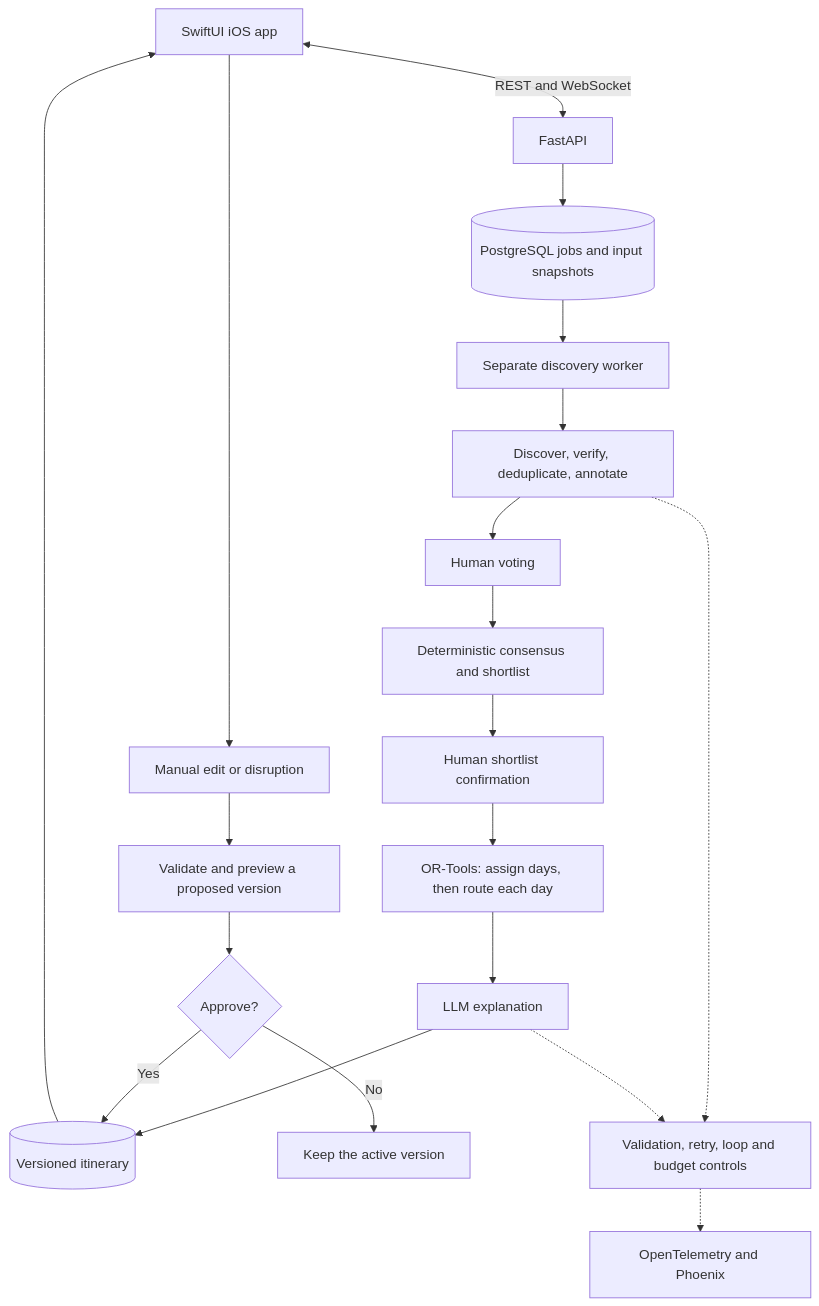
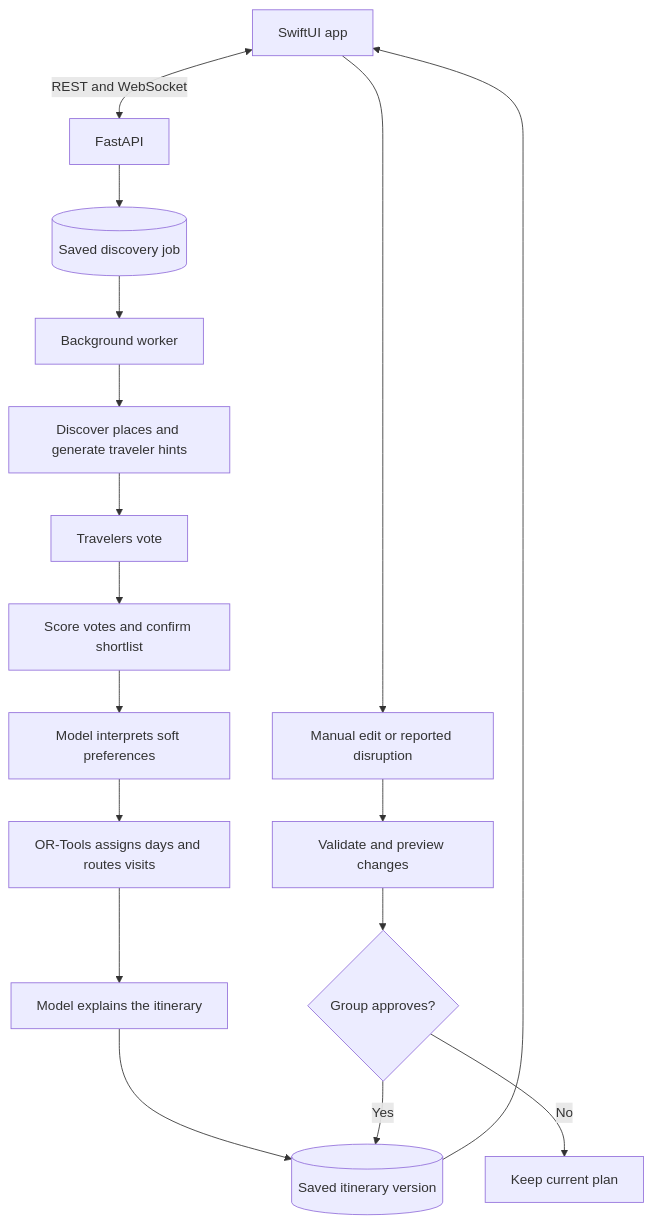
One commit to gino885/syncinerary changed the diagram in README.md. Above: the diagram before and after it, drawn with Mermaid. The commit also changed other lines of this file, not shown here.

````diff
--- a/README.md
+++ b/README.md
@@ -72,22 +133,19 @@
 ```mermaid
 flowchart TD
-    App[SwiftUI iOS app] <-->|REST and WebSocket| API[FastAPI]
-    API --> Jobs[(PostgreSQL jobs and input snapshots)]
-    Jobs --> Worker[Separate discovery worker]
-    Worker --> Gather[Discover, verify, deduplicate, annotate]
-    Gather --> Vote[Human voting]
-    Vote --> Consensus[Deterministic consensus and shortlist]
-    Consensus --> Confirm[Human shortlist confirmation]
-    Confirm --> Solve[OR-Tools: assign days, then route each day]
-    Solve --> Explain[LLM explanation]
-    Explain --> Versions[(Versioned itinerary)]
-    Versions --> App
-    App --> Edit[Manual edit or disruption]
-    Edit --> Proposal[Validate and preview a proposed version]
-    Proposal --> Approval{Approve?}
-    Approval -->|Yes| Versions
-    Approval -->|No| Keep[Keep the active version]
-    Gather -.-> Harness[Validation, retry, loop and budget controls]
-    Explain -.-> Harness
-    Harness -.-> Traces[OpenTelemetry and Phoenix]
+    App[SwiftUI app] <-->|REST and WebSocket| API[FastAPI]
+    API --> Job[(Saved discovery job)]
+    Job --> Worker[Background worker]
+    Worker --> Gather[Discover places and generate traveler hints]
+    Gather --> Votes[Travelers vote]
+    Votes --> Shortlist[Score votes and confirm shortlist]
+    Shortlist --> Preferences[Model interprets soft preferences]
+    Preferences --> Solver[OR-Tools assigns days and routes visits]
+    Solver --> Explain[Model explains the itinerary]
+    Explain --> Plan[(Saved itinerary version)]
+    Plan --> App
+    App --> Change[Manual edit or reported disruption]
+    Change --> Review[Validate and preview changes]
+    Review --> Approval{Group approves?}
+    Approval -->|Yes| Plan
+    Approval -->|No| Keep[Keep current plan]
 ```
````
